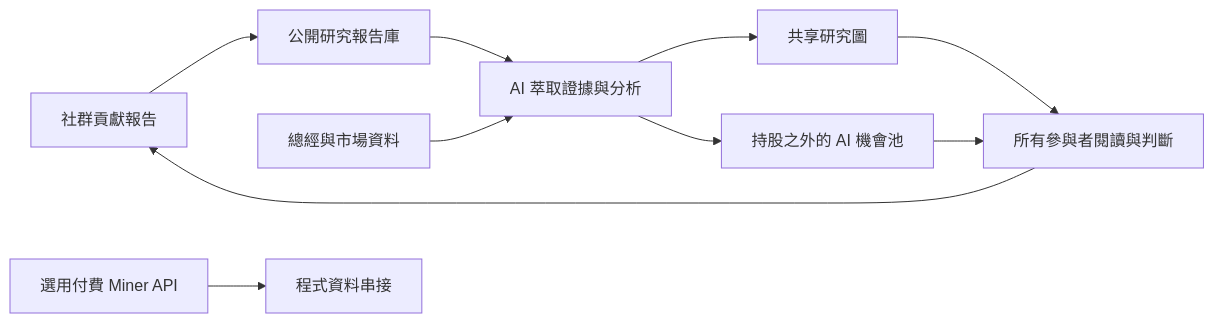
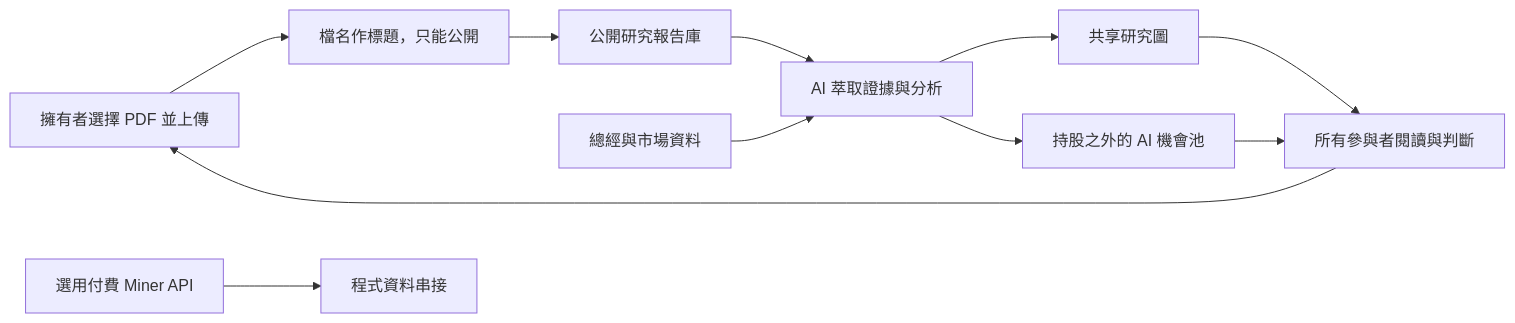
The diagram in docs/COMMUNITY_RESEARCH_PLATFORM.md (Vinskao/ty-multiverse), drawn with Mermaid before and after one commit. The commit also changed other lines of this file and 10 other files, not shown here.

````diff
--- a/docs/COMMUNITY_RESEARCH_PLATFORM.md
+++ b/docs/COMMUNITY_RESEARCH_PLATFORM.md
@@ -8,12 +8,13 @@
 ```mermaid
 flowchart LR
-    Community[社群貢獻報告] --> Library[公開研究報告庫]
+    Community[擁有者選擇 PDF 並上傳] --> Upload[檔名作標題，只能公開]
+    Upload --> Library[公開研究報告庫]
     Library --> AI[AI 萃取證據與分析]
     Macro[總經與市場資料] --> AI
     AI --> Graph[共享研究圖]
     AI --> Pool[持股之外的 AI 機會池]
     Graph --> People[所有參與者閱讀與判斷]
     Pool --> People
     People --> Community
     Miner[選用付費 Miner API] --> Integration[程式資料串接]
 ```
````
